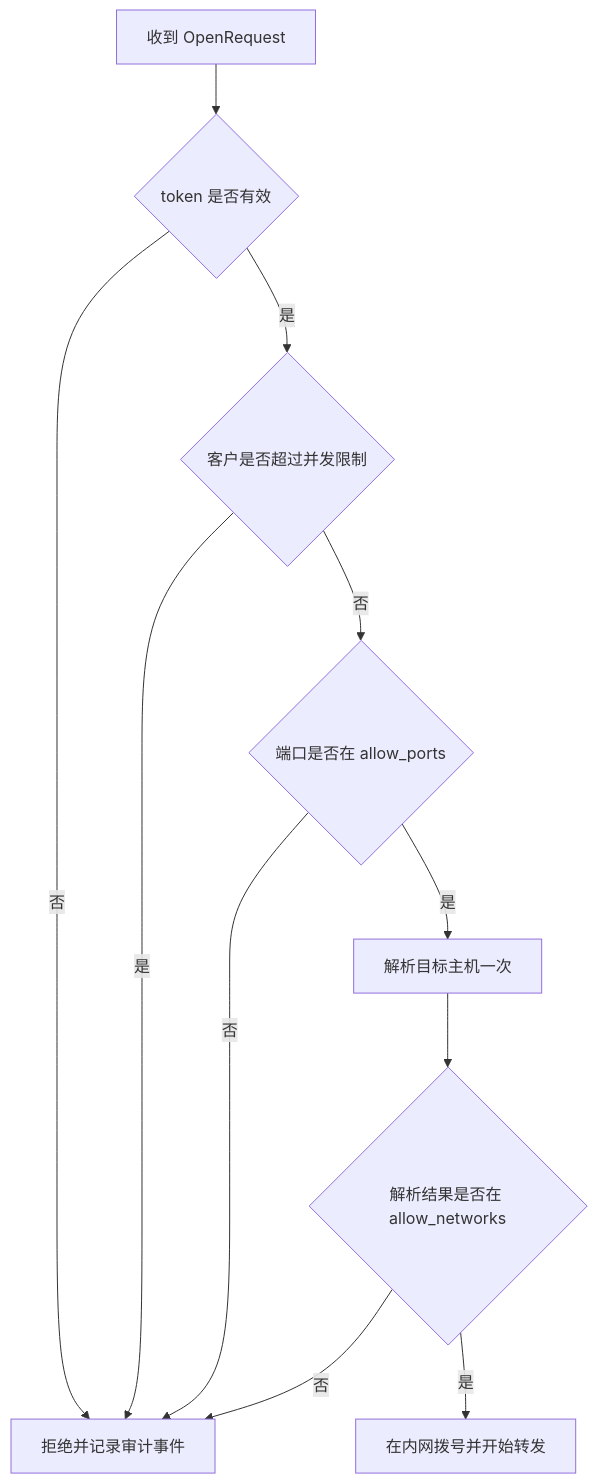
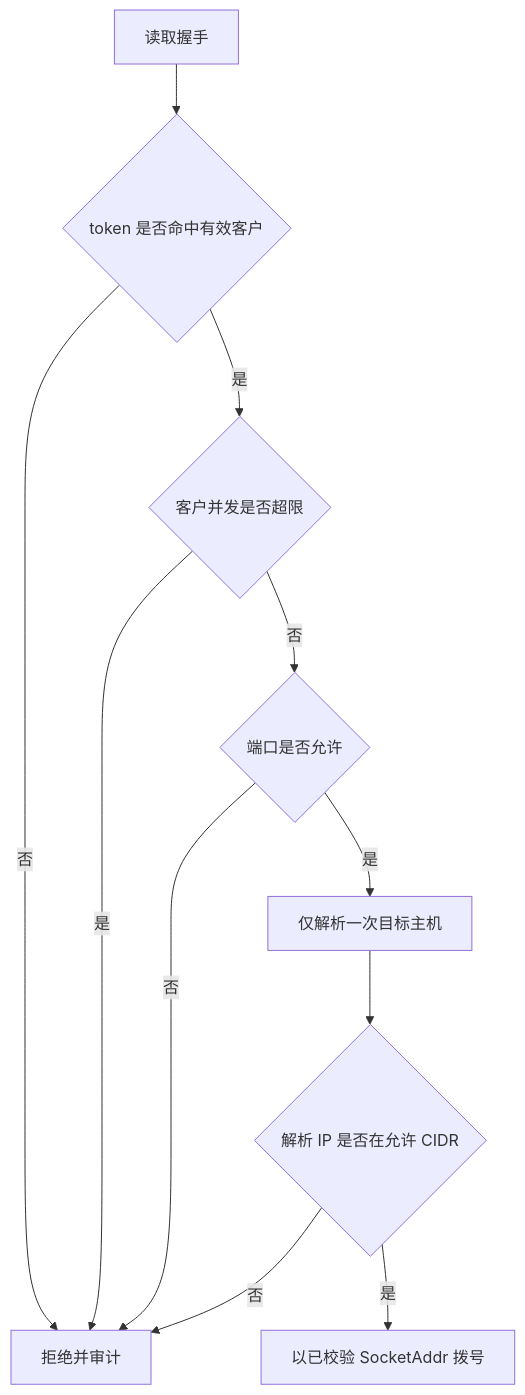
The second of 2 diagrams in 项目实践/PowerMap：用 P2P 把内网服务安全带回本地.md (nishigepi8/note), drawn with Mermaid before and after one commit. The commit also changed other lines of this file and 2 other files, not shown here.

````diff
--- a/项目实践/PowerMap：用 P2P 把内网服务安全带回本地.md
+++ b/项目实践/PowerMap：用 P2P 把内网服务安全带回本地.md
@@ -152,13 +166,13 @@
 ```mermaid
 flowchart TD
-    A["收到 OpenRequest"] --> B{"token 是否有效"}
-    B -->|否| X["拒绝并记录审计事件"]
-    B -->|是| C{"客户是否超过并发限制"}
+    A["读取握手"] --> B{"token 是否命中有效客户"}
+    B -->|否| X["拒绝并审计"]
+    B -->|是| C{"客户并发是否超限"}
     C -->|是| X
-    C -->|否| D{"端口是否在 allow_ports"}
+    C -->|否| D{"端口是否允许"}
     D -->|否| X
-    D -->|是| E["解析目标主机一次"]
-    E --> F{"解析结果是否在 allow_networks"}
+    D -->|是| E["仅解析一次目标主机"]
+    E --> F{"解析 IP 是否在允许 CIDR"}
     F -->|否| X
-    F -->|是| G["在内网拨号并开始转发"]
+    F -->|是| G["以已校验 SocketAddr 拨号"]
 ```
````
